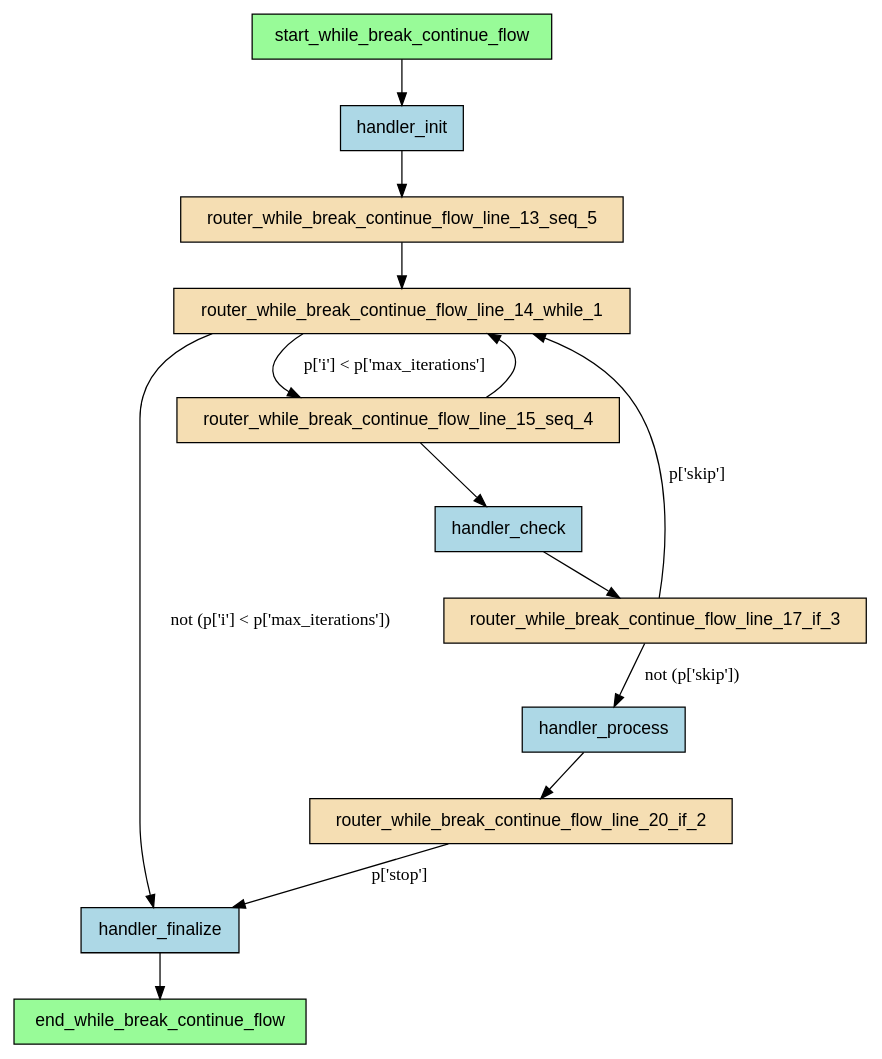
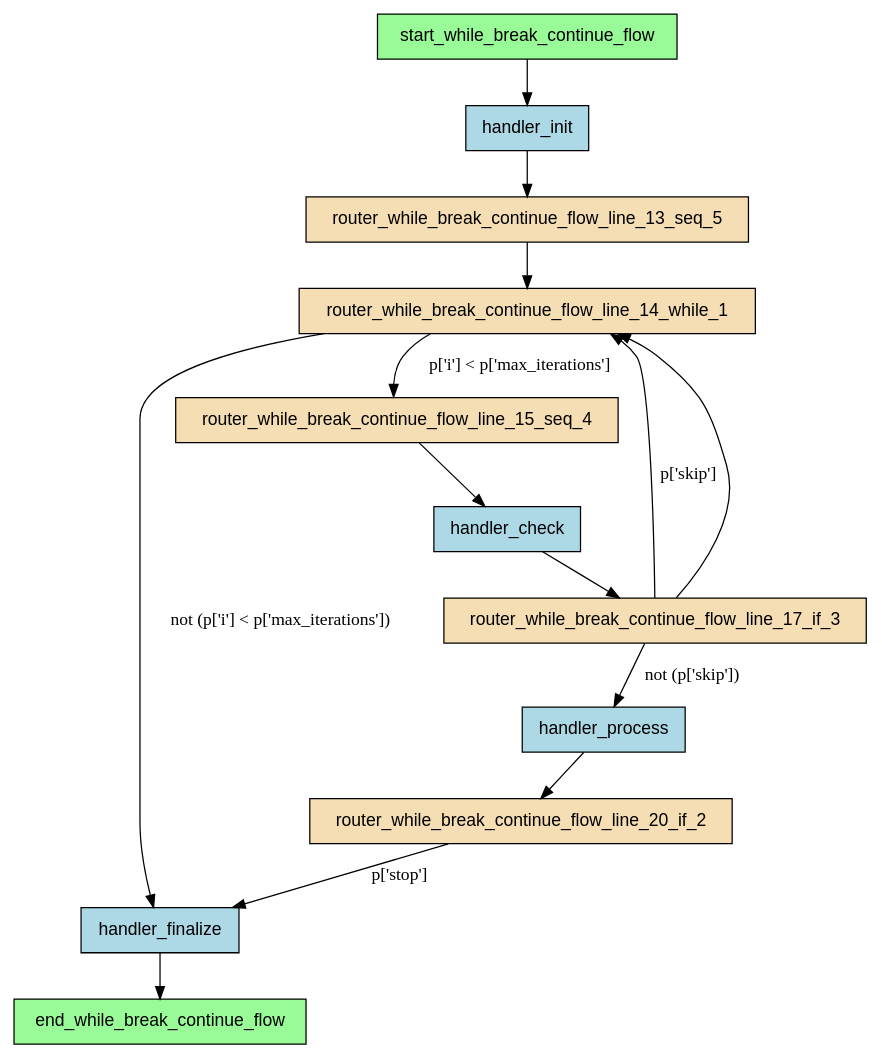
Before and after one commit to deliveryhero/asya: the diagram in examples/flows/compiled/while_break_continue/flow.dot, drawn with Graphviz. The commit also changed 136 other files, not shown here.

```diff
--- a/examples/flows/compiled/while_break_continue/flow.dot
+++ b/examples/flows/compiled/while_break_continue/flow.dot
@@ -1,30 +1,30 @@
-digraph "while_break_continue_flow" {
+digraph "while_break_continue" {
     rankdir=TB;
     node [shape=box, style=filled, fontname="Helvetica"];
 
     end_while_break_continue_flow [label="end_while_break_continue_flow", fillcolor=palegreen];
     handler_check [label="handler_check", fillcolor=lightblue];
     handler_finalize [label="handler_finalize", fillcolor=lightblue];
     handler_init [label="handler_init", fillcolor=lightblue];
     handler_process [label="handler_process", fillcolor=lightblue];
     router_while_break_continue_flow_line_13_seq_5 [label="router_while_break_continue_flow_line_13_seq_5", fillcolor=wheat];
     router_while_break_continue_flow_line_14_while_1 [label="router_while_break_continue_flow_line_14_while_1", fillcolor=wheat];
     router_while_break_continue_flow_line_15_seq_4 [label="router_while_break_continue_flow_line_15_seq_4", fillcolor=wheat];
     router_while_break_continue_flow_line_17_if_3 [label="router_while_break_continue_flow_line_17_if_3", fillcolor=wheat];
     router_while_break_continue_flow_line_20_if_2 [label="router_while_break_continue_flow_line_20_if_2", fillcolor=wheat];
     start_while_break_continue_flow [label="start_while_break_continue_flow", fillcolor=palegreen];
 
     start_while_break_continue_flow -> handler_init;
     handler_init -> router_while_break_continue_flow_line_13_seq_5;
     router_while_break_continue_flow_line_20_if_2 -> handler_finalize [label="p['stop']"];
     router_while_break_continue_flow_line_17_if_3 -> router_while_break_continue_flow_line_14_while_1 [label="p['skip']"];
     router_while_break_continue_flow_line_17_if_3 -> handler_process [label="not (p['skip'])"];
     handler_process -> router_while_break_continue_flow_line_20_if_2;
     router_while_break_continue_flow_line_15_seq_4 -> handler_check;
     handler_check -> router_while_break_continue_flow_line_17_if_3;
     router_while_break_continue_flow_line_14_while_1 -> router_while_break_continue_flow_line_15_seq_4 [label="p['i'] < p['max_iterations']"];
-    router_while_break_continue_flow_line_15_seq_4 -> router_while_break_continue_flow_line_14_while_1;
     router_while_break_continue_flow_line_14_while_1 -> handler_finalize [label="not (p['i'] < p['max_iterations'])"];
     router_while_break_continue_flow_line_13_seq_5 -> router_while_break_continue_flow_line_14_while_1;
+    router_while_break_continue_flow_line_17_if_3 -> router_while_break_continue_flow_line_14_while_1;
     handler_finalize -> end_while_break_continue_flow;
 }
```
